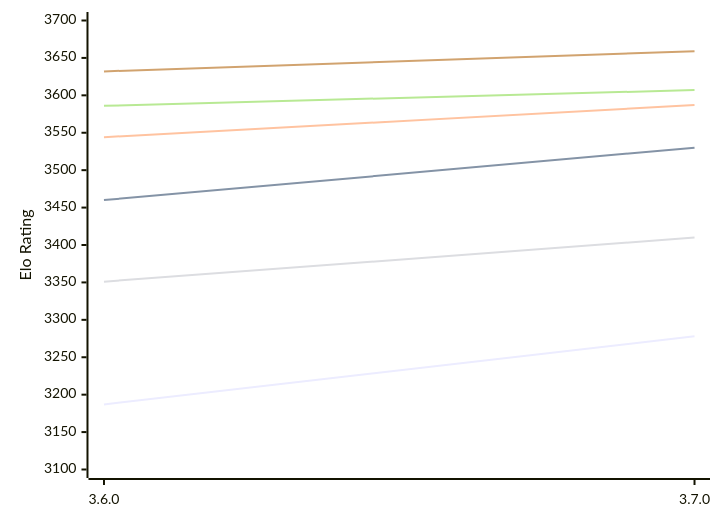
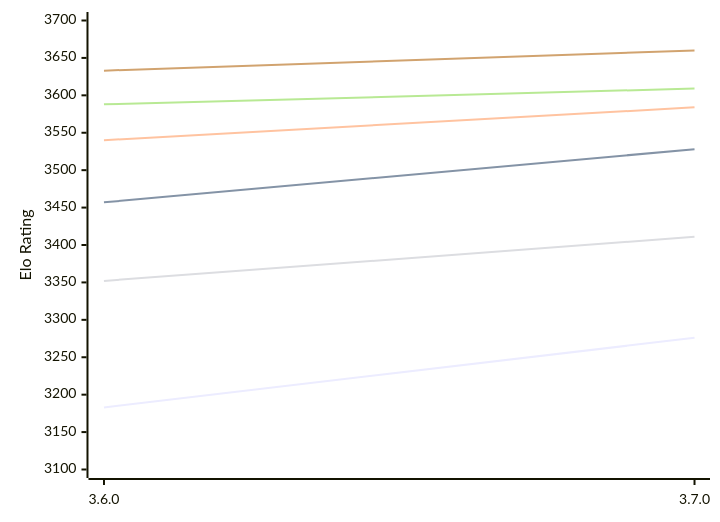
One commit to computer-chess-index/cci changed the diagram in engines/Simplechess.md. Above: the diagram before and after it, drawn with Mermaid. The commit also changed other lines of this file, not shown here.

Commit message:
Update CCI Ratings (ELO VLTC) - 2026-11-09

````diff
--- a/engines/Simplechess.md
+++ b/engines/Simplechess.md
@@ -49,12 +49,12 @@
 ```mermaid
 %%{init: {"theme":"base","themeVariables":{"seriesColors:['#a3a3a3','#222221','#faa371']}}}%%
 xychart-beta
   x-axis ["3.6.0", "3.7.0"]
   y-axis "Elo Rating" 3100 --> 3700
-  line "E1: STC (8.0+0.08s)" [3187, 3278]
-  line "E1: LTC (60.0+0.60s)" [3460, 3530]
-  line "E1: VLTC (2m24s+1.12s)" [3544, 3587]
-  line "P1: STC (8.0+0.08s)" [3351, 3410]
-  line "P1: LTC (60.0+0.60s)" [3586, 3607]
-  line "P1: VLTC (2m24s+1.12s)" [3632, 3659]
+  line "E1: STC (8.0+0.08s)" [3183, 3276]
+  line "E1: LTC (60.0+0.60s)" [3457, 3528]
+  line "E1: VLTC (2m24s+1.12s)" [3540, 3584]
+  line "P1: STC (8.0+0.08s)" [3352, 3411]
+  line "P1: LTC (60.0+0.60s)" [3588, 3609]
+  line "P1: VLTC (2m24s+1.12s)" [3633, 3660]
 ```
````
